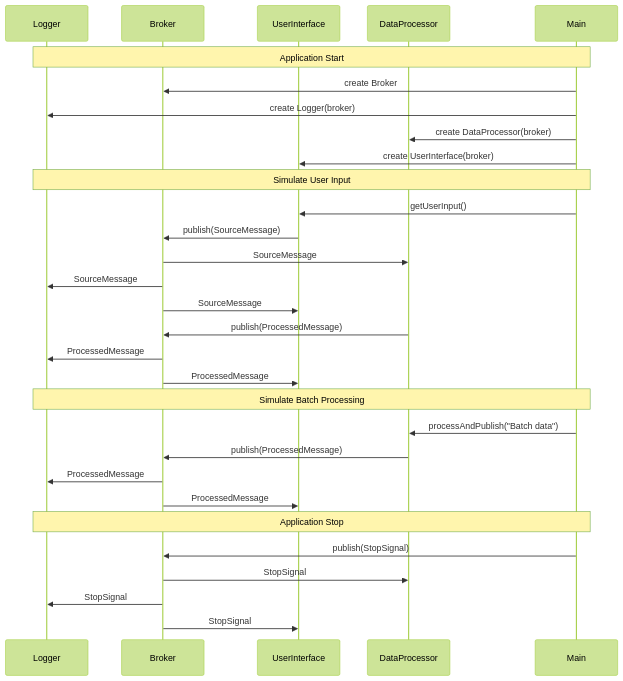
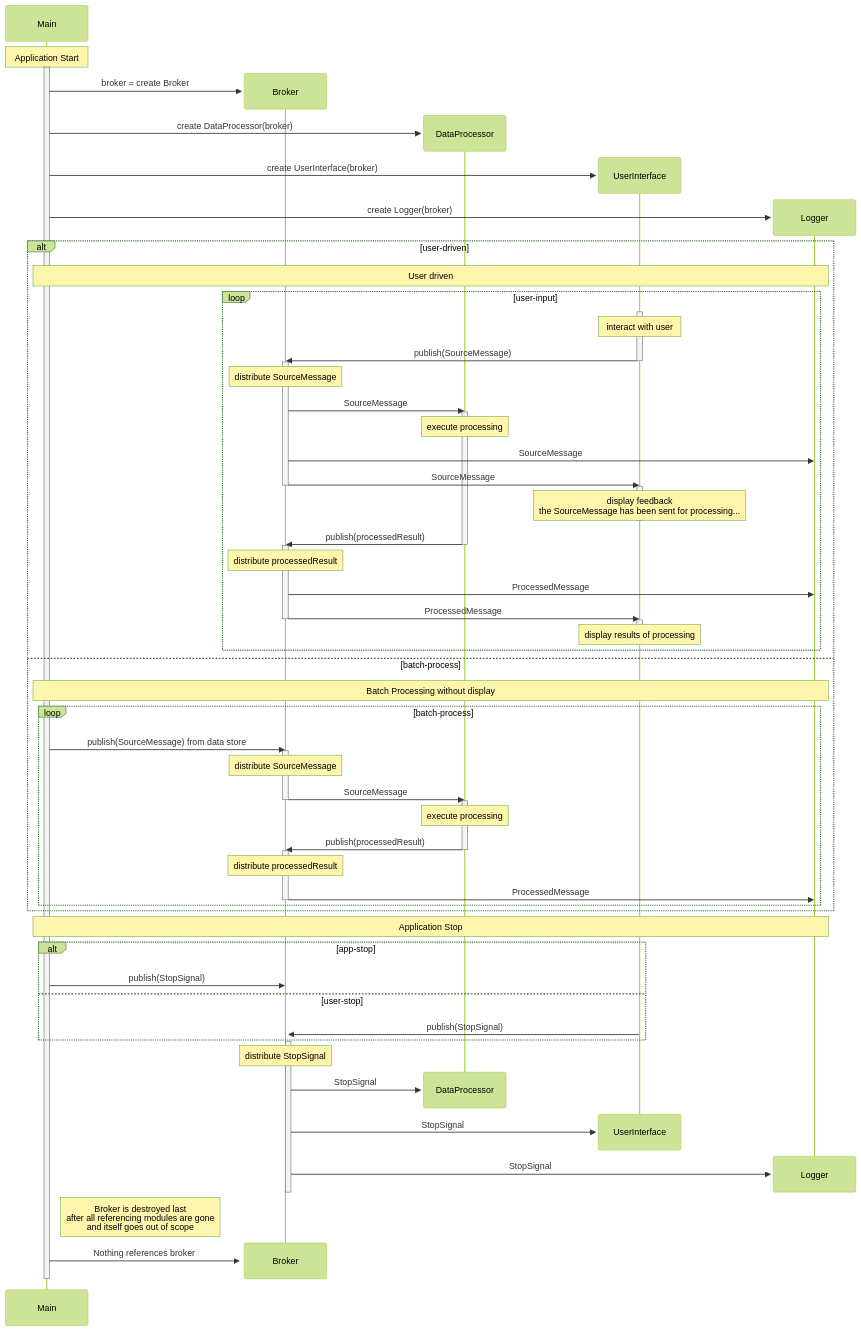
Before and after one commit to jerzydziewierz/cfabric: the diagram in demo3_sequence_diagram.md, drawn with Mermaid (forest theme).

Commit message:
feat: Implement sequence diagram for application flow

````diff
--- a/demo3_sequence_diagram.md
+++ b/demo3_sequence_diagram.md
@@ -3,38 +3,96 @@
 ```mermaid
 sequenceDiagram
-    participant L as Logger
-    participant B as Broker
-    participant UI as UserInterface
-    participant DP as DataProcessor
+
     participant M as Main
     
+    %% participant L as Logger
+    %% participant B as Broker
+    %% participant UI as UserInterface
+    %% participant DP as DataProcessor
 
-    Note over M,L: Application Start
-    M->>B: create Broker
+    Note over M: Application Start
+    activate M
+    create participant B as Broker
+    M->>B: broker = create Broker 
+    create participant DP as DataProcessor
+    M->>DP: create DataProcessor(broker)
+    create participant UI as UserInterface
+    M->>UI: create UserInterface(broker)
+    create participant L as Logger
     M->>L: create Logger(broker)
-    M->>DP: create DataProcessor(broker)
-    M->>UI: create UserInterface(broker)
+    alt user-driven
+        Note over M,L: User driven
+        loop user-input
+            
+            activate UI
+            note over UI: interact with user
+            UI->>B: publish(SourceMessage)
+            deactivate UI
+            activate B
+            note over B: distribute SourceMessage
+            B->>DP: SourceMessage
+            activate DP
+            note over DP: execute processing
+            B->>L: SourceMessage
+            B->>UI: SourceMessage
+            deactivate B
+            activate UI
+            note over UI: display feedback<br>the SourceMessage has been sent for processing...
+            deactivate UI
+            
 
-    Note over M,L: Simulate User Input
-    M->>UI: getUserInput()
-    UI->>B: publish(SourceMessage)
-    B->>DP: SourceMessage
-    B->>L: SourceMessage
-    B->>UI: SourceMessage
+            DP->>B: publish(processedResult)
+            deactivate DP
 
-    DP->>B: publish(ProcessedMessage)
-    B->>L: ProcessedMessage
-    B->>UI: ProcessedMessage
-
-    Note over M,L: Simulate Batch Processing
-    M->>DP: processAndPublish("Batch data")
-    DP->>B: publish(ProcessedMessage)
-    B->>L: ProcessedMessage
-    B->>UI: ProcessedMessage
-
+            activate B
+            note over B: distribute processedResult
+            
+            B->>L: ProcessedMessage
+            B->>UI: ProcessedMessage
+            deactivate B
+            activate UI
+            note over UI: display results of processing    
+            deactivate UI    
+        end
+    else batch-process
+        Note over M,L: Batch Processing without display
+        loop batch-process
+            M->>B: publish(SourceMessage) from data store
+            activate B
+            note over B: distribute SourceMessage
+            B->>DP: SourceMessage 
+            deactivate B 
+            activate DP
+            note over DP: execute processing            
+            DP->>B: publish(processedResult)
+            deactivate DP
+            activate B
+            note over B: distribute processedResult
+            B->>L: ProcessedMessage            
+            deactivate B
+        end
+    end
+    
     Note over M,L: Application Stop
-    M->>B: publish(StopSignal)
-    B->>DP: StopSignal
+    alt app-stop
+        M->>B: publish(StopSignal)
+        activate B
+    else user-stop
+        UI->>B: publish(StopSignal)
+    end
+    activate B
+    note over B: distribute StopSignal
+    destroy DP
+    B->>DP: StopSignal    
+    destroy UI
+    B->>UI: StopSignal
+    
+    destroy L
     B->>L: StopSignal
-    B->>UI: StopSignal
+    deactivate B     
+    note right of M: Broker is destroyed last<br/>after all referencing modules are gone<br> and itself goes out of scope
+    destroy B
+    M->>B: Nothing references broker
+    deactivate M
+        
 ```
````
